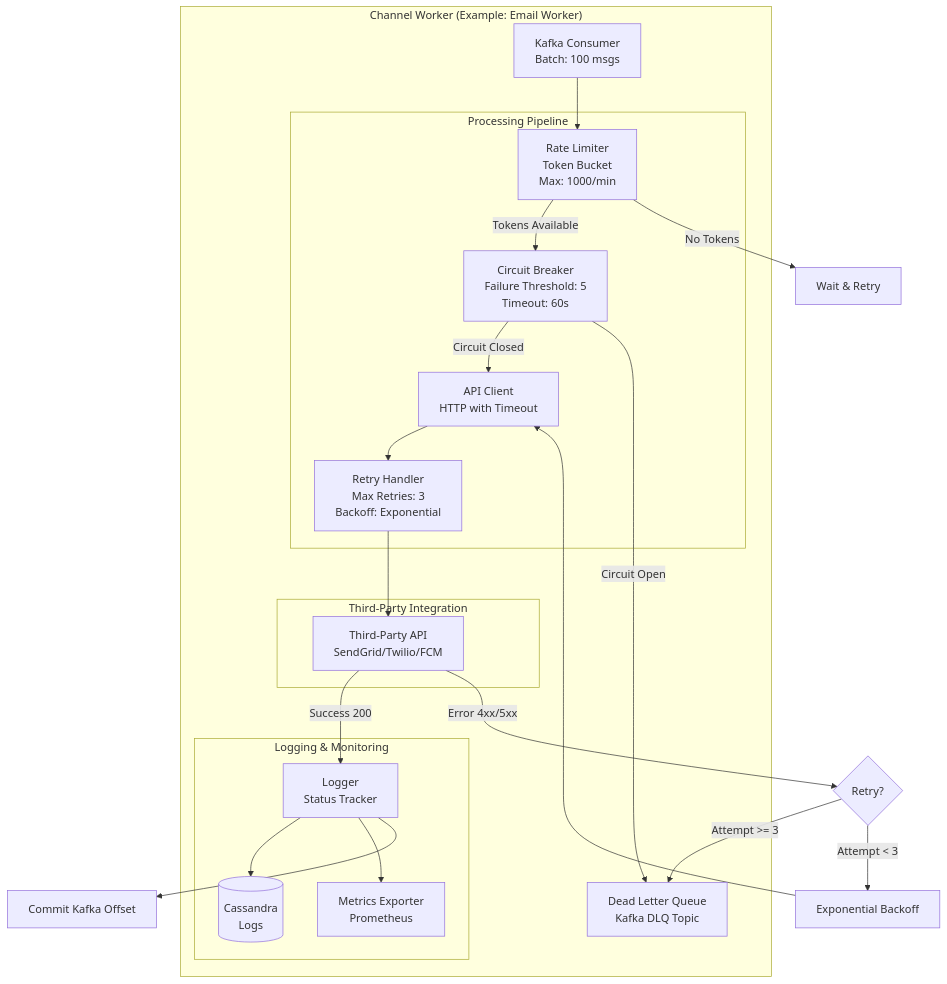
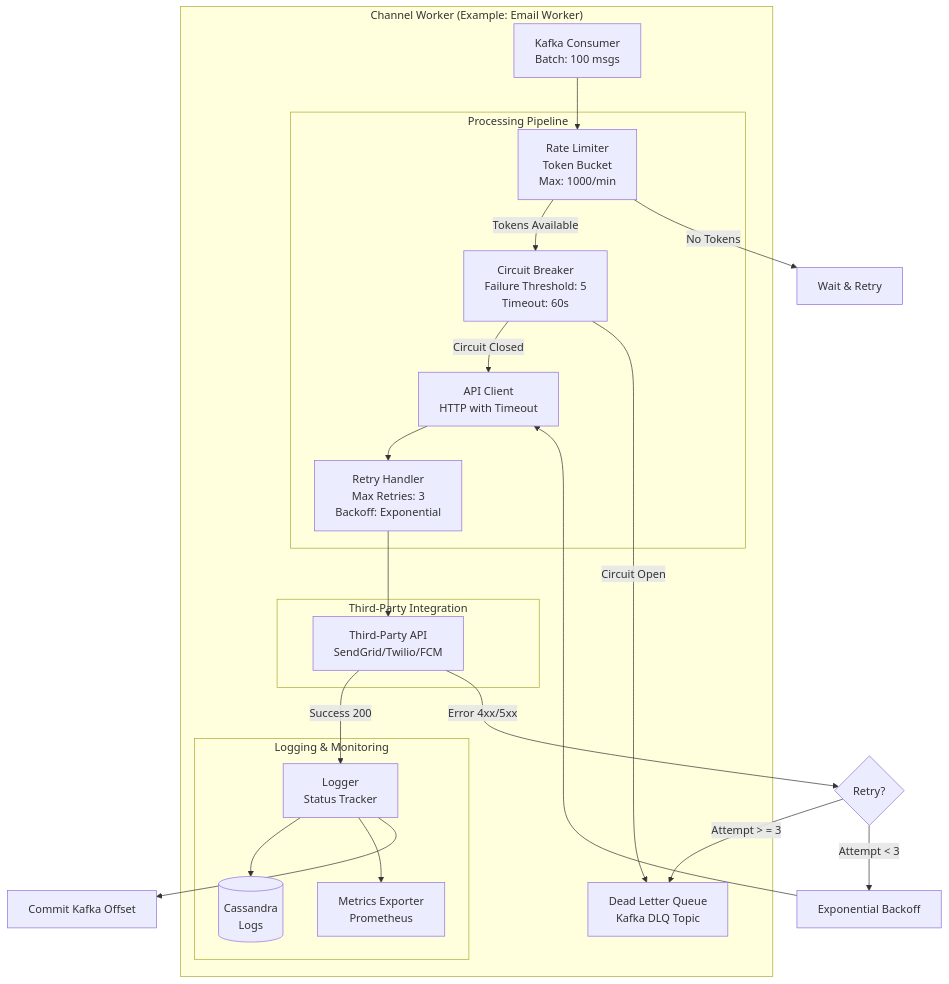
The fourth of 15 diagrams in 03-challenges/3.2.2-notification-service/hld-diagram.md (piyush7199/hld-architecture-handbook), drawn with Mermaid before and after one commit. The commit also changed other lines of this file and 6 other files, not shown here.

````diff
--- a/03-challenges/3.2.2-notification-service/hld-diagram.md
+++ b/03-challenges/3.2.2-notification-service/hld-diagram.md
@@ -399,47 +389,41 @@
 ```mermaid
 graph TB
     subgraph "Channel Worker (Example: Email Worker)"
         KC[Kafka Consumer<br/>Batch: 100 msgs]
-        
+
         subgraph "Processing Pipeline"
             RL[Rate Limiter<br/>Token Bucket<br/>Max: 1000/min]
             CB[Circuit Breaker<br/>Failure Threshold: 5<br/>Timeout: 60s]
             RH[Retry Handler<br/>Max Retries: 3<br/>Backoff: Exponential]
             AC[API Client<br/>HTTP with Timeout]
         end
-        
+
         subgraph "Third-Party Integration"
             TP[Third-Party API<br/>SendGrid/Twilio/FCM]
         end
-        
+
         subgraph "Logging & Monitoring"
             LG[Logger<br/>Status Tracker]
             CS[(Cassandra<br/>Logs)]
             MT[Metrics Exporter<br/>Prometheus]
         end
-        
+
         DLQ[Dead Letter Queue<br/>Kafka DLQ Topic]
     end
-    
+
     KC --> RL
     RL -->|Tokens Available| CB
     RL -->|No Tokens| WAIT[Wait & Retry]
-    
     CB -->|Circuit Closed| AC
     CB -->|Circuit Open| DLQ
-    
     AC --> RH
     RH --> TP
-    
     TP -->|Success 200| LG
     TP -->|Error 4xx/5xx| RETRY{Retry?}
-    
     RETRY -->|Attempt < 3| WAIT2[Exponential Backoff]
-    RETRY -->|Attempt >= 3| DLQ
-    
+    RETRY -->|Attempt > = 3| DLQ
     WAIT2 --> AC
-    
     LG --> CS
     LG --> MT
     LG --> COMMIT[Commit Kafka Offset]
 ```
````
